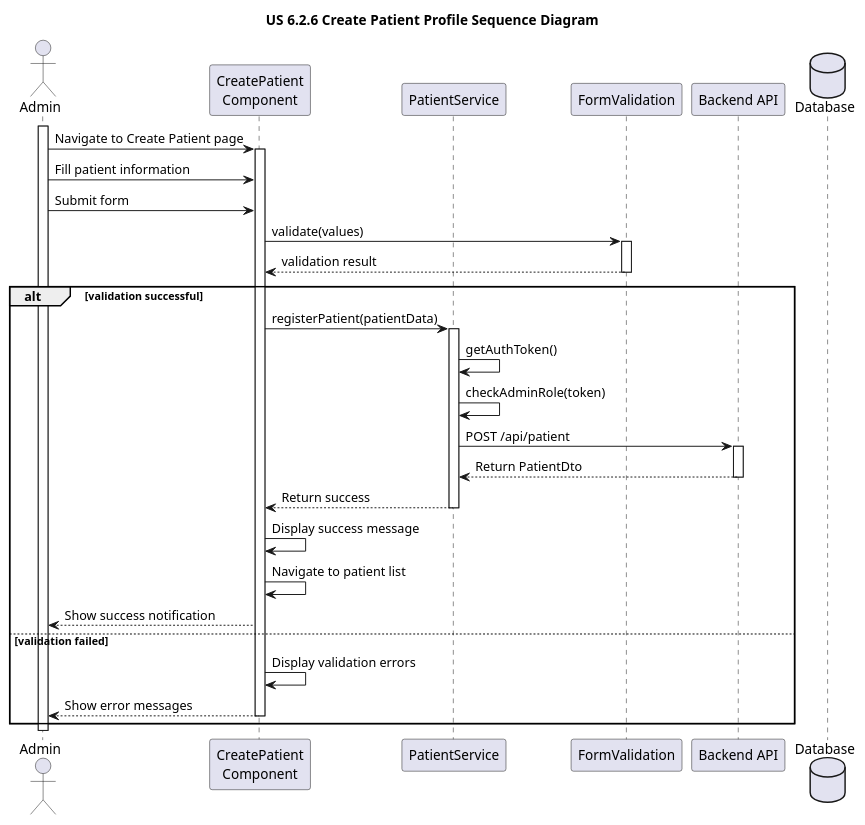
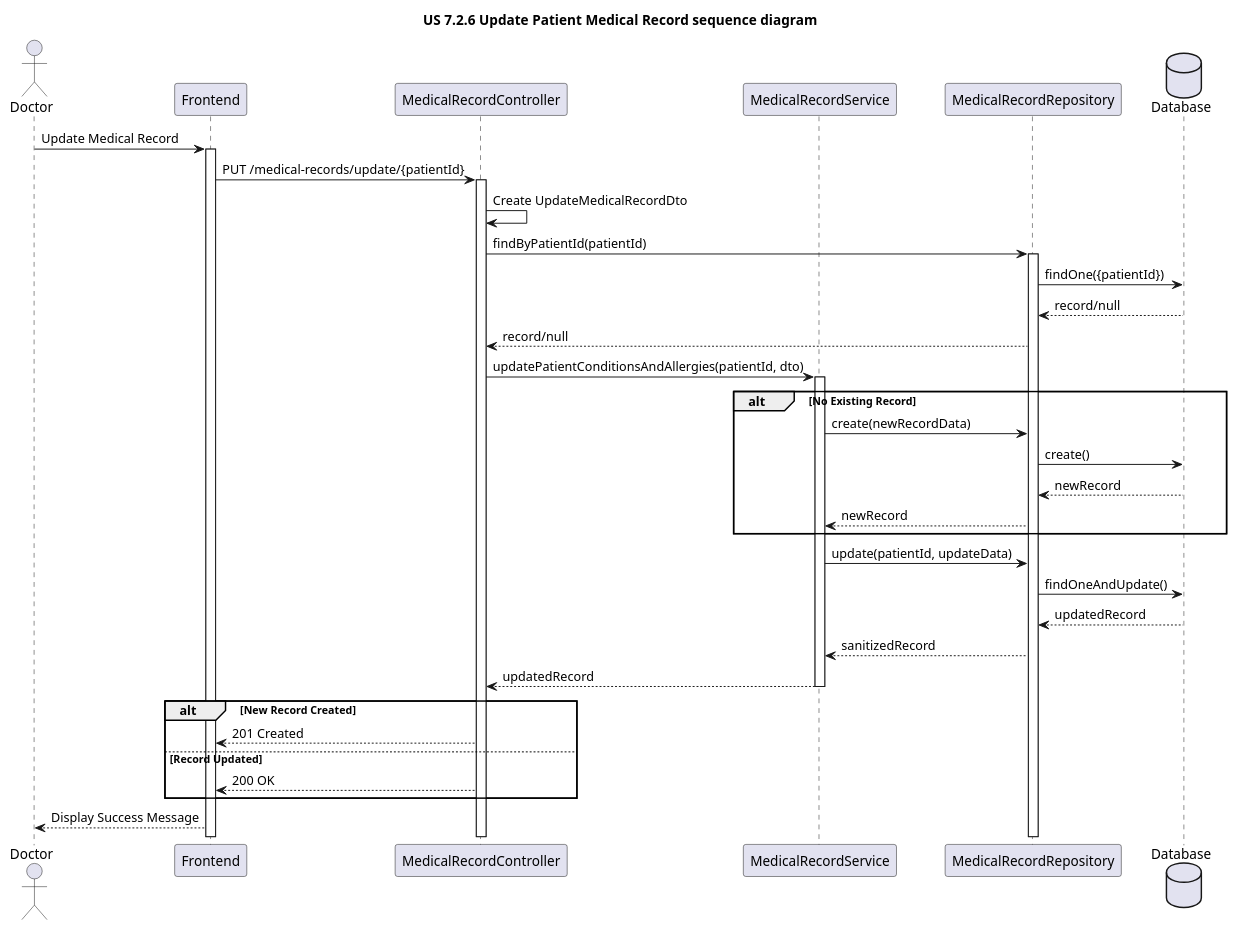
The diagram in docs/Sprint2/US 6.2.6/SD.puml (HugBar/3DC_G17), drawn with PlantUML before and after one commit. The commit also changed 9 other files, not shown here.

```diff
--- a/docs/Sprint2/US 6.2.6/SD.puml
+++ b/docs/Sprint2/US 6.2.6/SD.puml
@@ -1,45 +1,51 @@
-@startuml
-title "US 6.2.6 Create Patient Profile Sequence Diagram"
+@startuml namespace US 7.2.6 sequence diagram
+title US 7.2.6 Update Patient Medical Record sequence diagram
 
-actor Admin
-participant "CreatePatient\nComponent" as UI
-participant "PatientService" as PS
-participant "FormValidation" as FV
-participant "Backend API" as API
+actor Doctor
+participant "Frontend" as FE
+participant "MedicalRecordController" as MC
+participant "MedicalRecordService" as MS
+participant "MedicalRecordRepository" as MR
 database "Database" as DB
 
-activate Admin
-Admin -> UI: Navigate to Create Patient page
-activate UI
+Doctor -> FE: Update Medical Record
+activate FE
 
-Admin -> UI: Fill patient information
-Admin -> UI: Submit form
+FE -> MC: PUT /medical-records/update/{patientId}
+activate MC
 
-UI -> FV: validate(values)
-activate FV
-FV --> UI: validation result
-deactivate FV
+MC -> MC: Create UpdateMedicalRecordDto
+MC -> MR: findByPatientId(patientId)
+activate MR
 
-alt validation successful
-    UI -> PS: registerPatient(patientData)
-    activate PS
-    PS -> PS: getAuthToken()
-    PS -> PS: checkAdminRole(token)
-    PS -> API: POST /api/patient
-    activate API
-    API --> PS: Return PatientDto
-    deactivate API
-    PS --> UI: Return success
-    deactivate PS
-    UI -> UI: Display success message
-    UI -> UI: Navigate to patient list
-    UI --> Admin: Show success notification
-else validation failed
-    UI -> UI: Display validation errors
-    UI --> Admin: Show error messages
-    deactivate
+MR -> DB: findOne({patientId})
+DB --> MR: record/null
+MR --> MC: record/null
+
+MC -> MS: updatePatientConditionsAndAllergies(patientId, dto)
+activate MS
+
+alt No Existing Record
+    MS -> MR: create(newRecordData)
+    MR -> DB: create()
+    DB --> MR: newRecord
+    MR --> MS: newRecord
 end
 
-deactivate UI
-deactivate Admin
+MS -> MR: update(patientId, updateData)
+MR -> DB: findOneAndUpdate()
+DB --> MR: updatedRecord
+MR --> MS: sanitizedRecord
+
+MS --> MC: updatedRecord
+deactivate MS
+
+alt New Record Created
+    MC --> FE: 201 Created
+else Record Updated
+    MC --> FE: 200 OK
+end
+
+FE --> Doctor: Display Success Message
+
 @enduml
```
